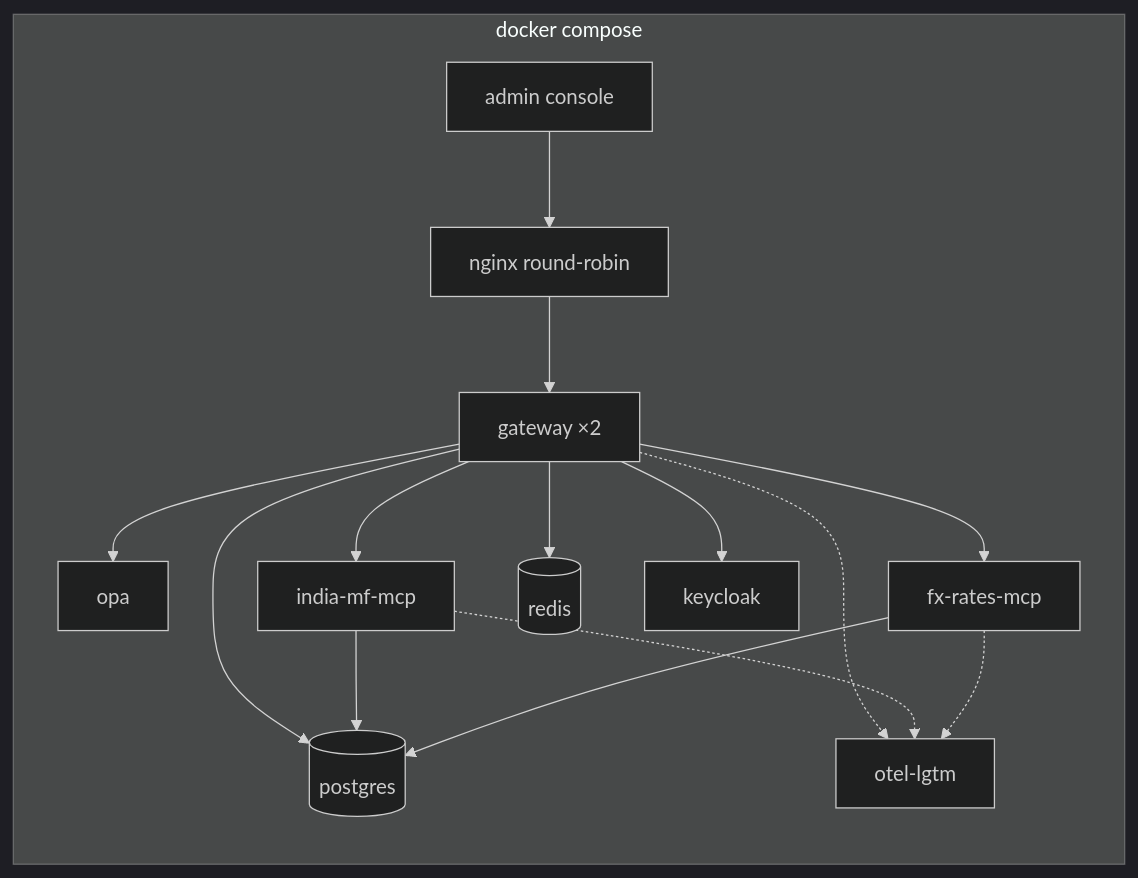
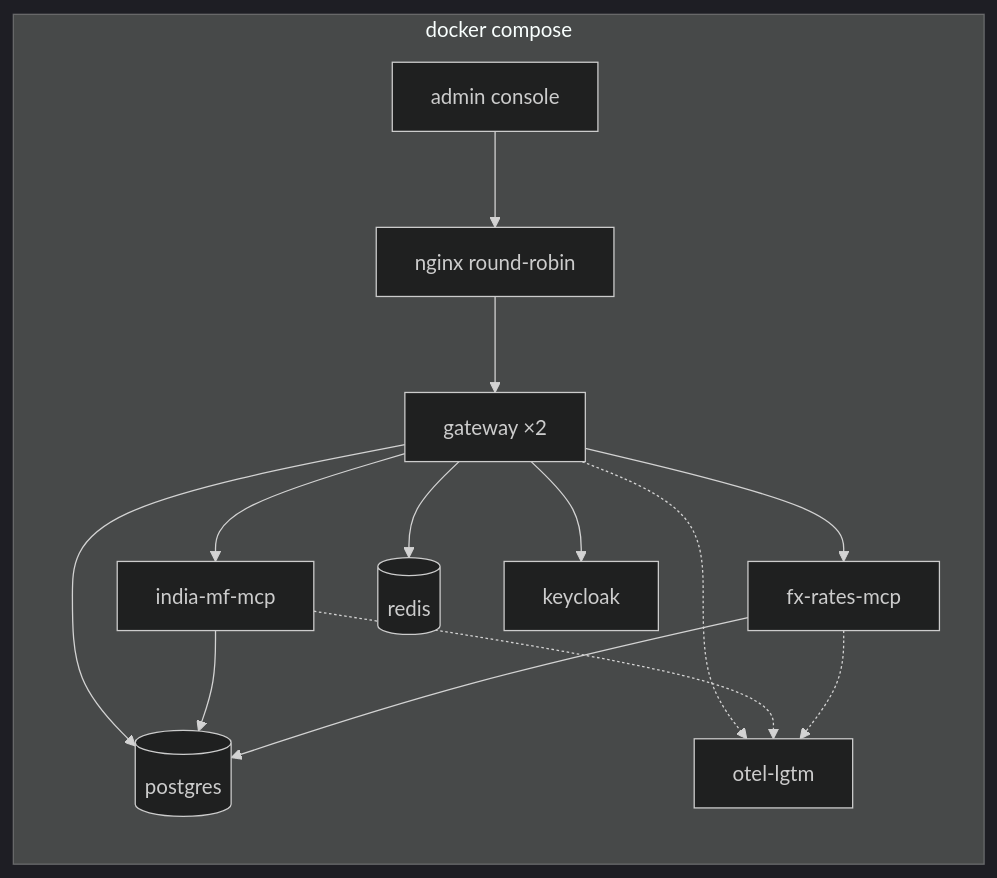
One commit to pRiMeXoMeGa/AI-Learning-Projects changed the ninth of 10 diagrams in projects/02-mcp-hub/docs/02-architecture.md. Above: the diagram before and after it, drawn with Mermaid (dark theme). The commit also changed other lines of this file and 31 other files, not shown here.

````diff
--- a/projects/02-mcp-hub/docs/02-architecture.md
+++ b/projects/02-mcp-hub/docs/02-architecture.md
@@ -273,20 +273,19 @@
 ```mermaid
 flowchart LR
     subgraph compose["docker compose"]
         gw1[gateway ×2]
         lb[nginx round-robin]
-        opa[opa]
         mf[india-mf-mcp]
         fx[fx-rates-mcp]
         kc[keycloak]
         pg[(postgres)]
         rd[(redis)]
         lgtm[otel-lgtm]
         con[admin console]
     end
     lb --> gw1
-    gw1 --> opa & mf & fx & pg & rd & kc
+    gw1 --> mf & fx & pg & rd & kc
     mf & fx --> pg
     con --> lb
     gw1 & mf & fx -.-> lgtm
 ```
````
